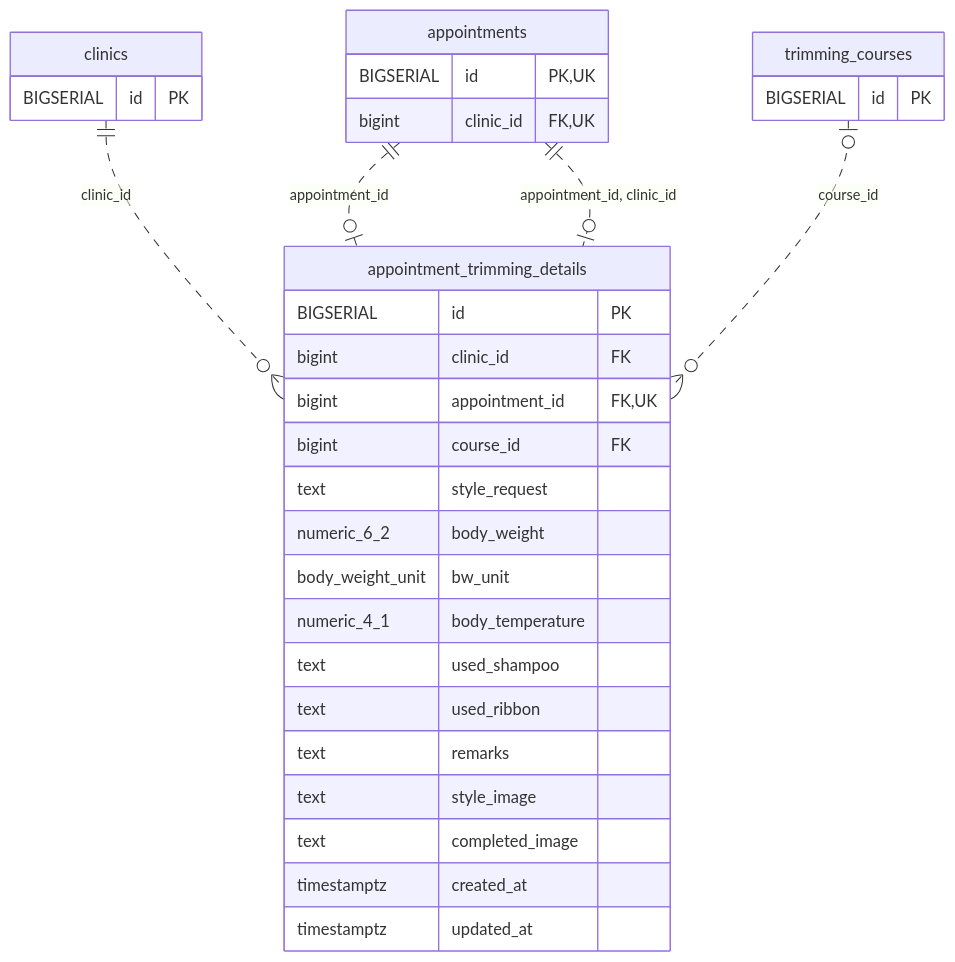
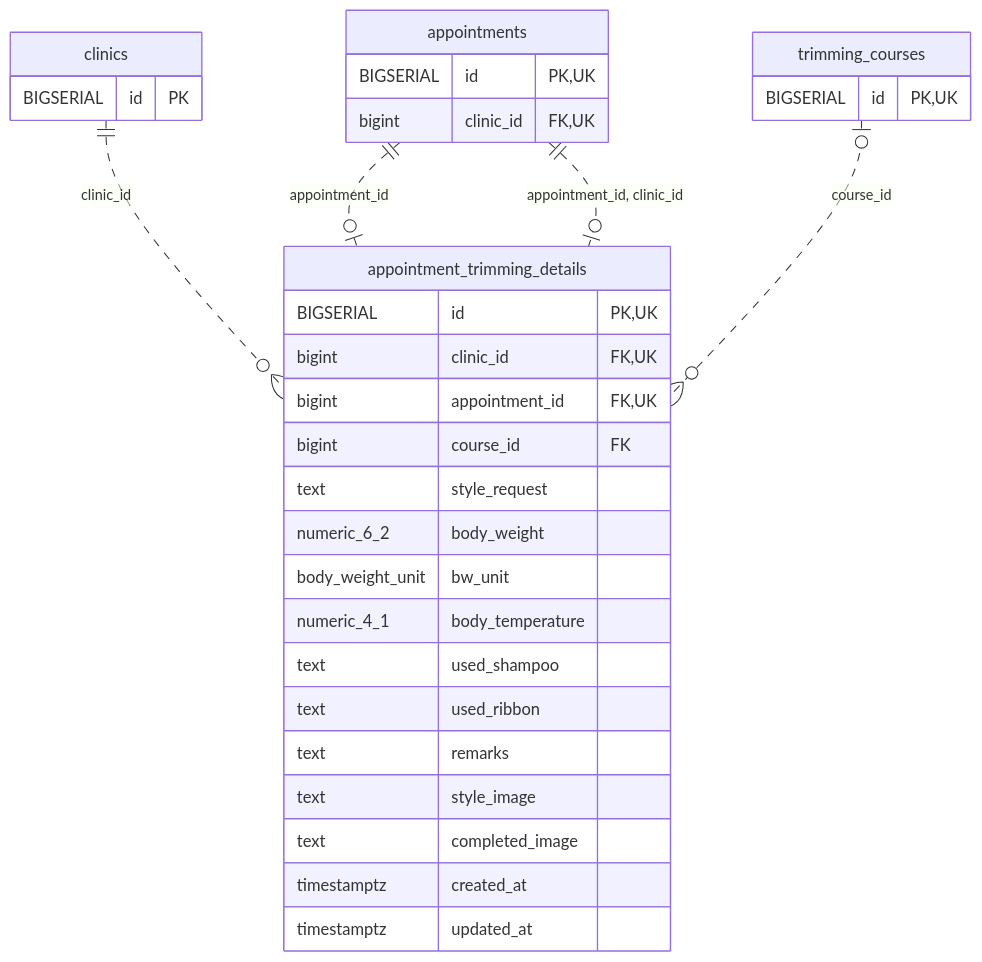
One commit to MinoruSoga/AnimalEkarte changed the diagram in docs/architecture/erd-detail/appointment_trimming_details.md. Above: the diagram before and after it, drawn with Mermaid. The commit also changed other lines of this file and 51 other files, not shown here.

````diff
--- a/docs/architecture/erd-detail/appointment_trimming_details.md
+++ b/docs/architecture/erd-detail/appointment_trimming_details.md
@@ -38,34 +38,34 @@
 ```mermaid
 erDiagram
     appointment_trimming_details {
-        BIGSERIAL id PK
-        bigint clinic_id FK
+        BIGSERIAL id PK,UK
+        bigint clinic_id FK,UK
         bigint appointment_id FK,UK
         bigint course_id FK
         text style_request
         numeric_6_2 body_weight
         body_weight_unit bw_unit
         numeric_4_1 body_temperature
         text used_shampoo
         text used_ribbon
         text remarks
         text style_image
         text completed_image
         timestamptz created_at
         timestamptz updated_at
     }
     appointments {
         BIGSERIAL id PK,UK
         bigint clinic_id FK,UK
     }
     clinics {
         BIGSERIAL id PK
     }
     trimming_courses {
-        BIGSERIAL id PK
+        BIGSERIAL id PK,UK
     }
     clinics ||..o{ appointment_trimming_details : "clinic_id"
     appointments ||..o| appointment_trimming_details : "appointment_id"
     trimming_courses o|..o{ appointment_trimming_details : "course_id"
     appointments ||..o| appointment_trimming_details : "appointment_id, clinic_id"
 ```
````
